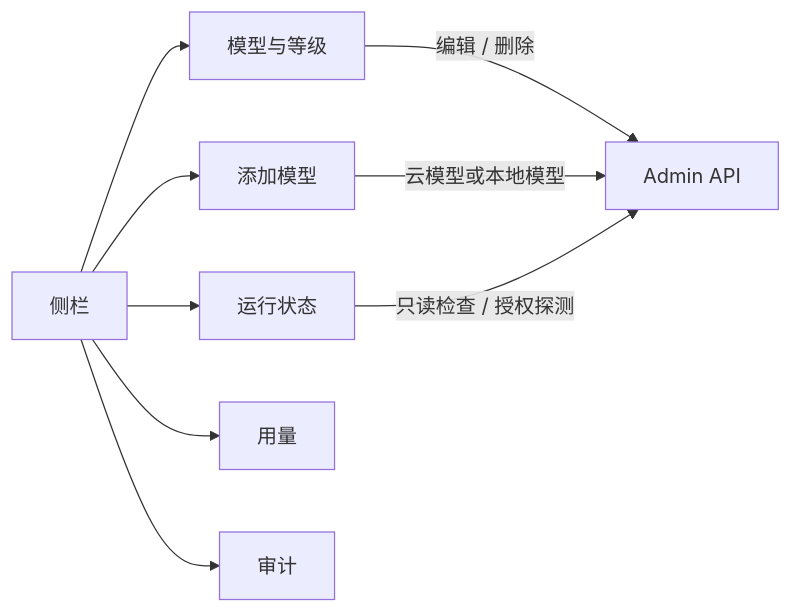
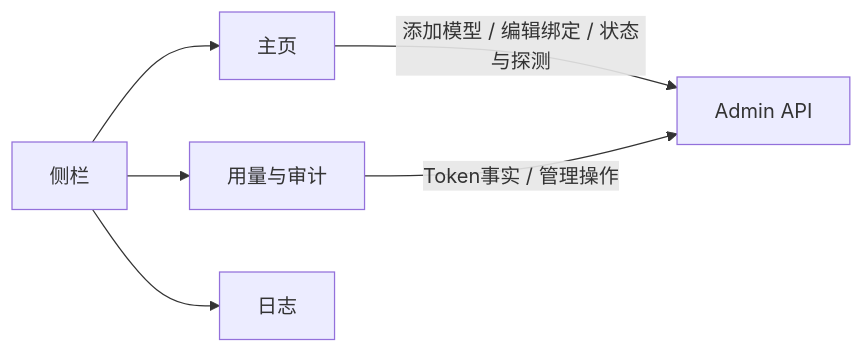
Before and after one commit to corezilla/LLMTier: the sixth of 6 diagrams in docs/20_system_design/llmtier-system-design.md, drawn with Mermaid. The commit also changed other lines of this file and 43 other files, not shown here.

````diff
--- a/docs/20_system_design/llmtier-system-design.md
+++ b/docs/20_system_design/llmtier-system-design.md
@@ -222,11 +223,8 @@
 ```mermaid
 flowchart LR
-  NAV[侧栏] --> MODELS[模型与等级]
-  NAV --> ADD[添加模型]
-  NAV --> HEALTHUI[运行状态]
-  NAV --> USAGEUI[用量]
-  NAV --> AUDITUI[审计]
-  MODELS -->|编辑 / 删除| MAPI[Admin API]
-  ADD -->|云模型或本地模型| MAPI
-  HEALTHUI -->|只读检查 / 授权探测| MAPI
+  NAV[侧栏] --> HOME[主页]
+  NAV --> RECORDS[用量与审计]
+  NAV --> LOGUI[日志]
+  HOME -->|添加模型 / 编辑绑定 / 状态与探测| MAPI[Admin API]
+  RECORDS -->|Token事实 / 管理操作| MAPI
 ```
````
